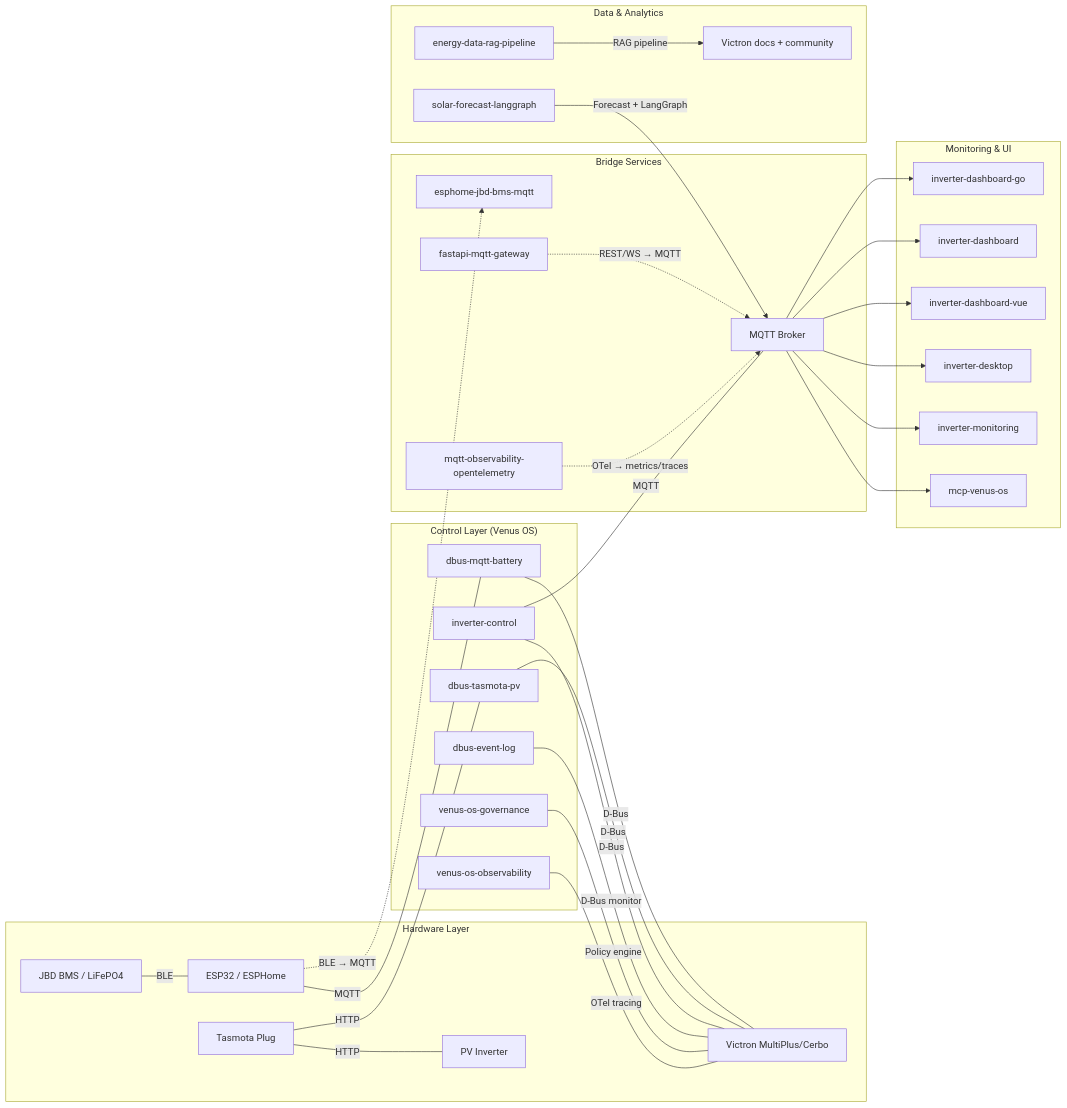
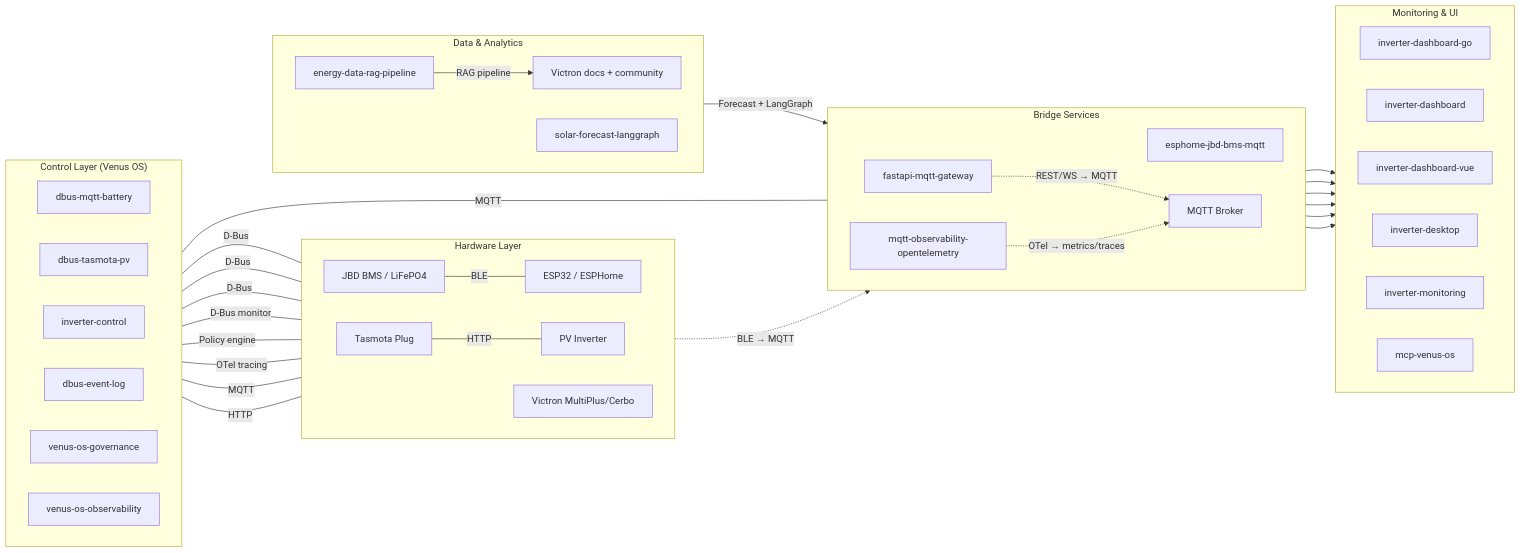
One commit to 4alvit/4alvit changed the diagram in README.md. Above: the diagram before and after it, drawn with Mermaid.

````diff
--- a/README.md
+++ b/README.md
@@ -19,40 +19,45 @@
 ```mermaid
 graph LR
     subgraph Hardware["Hardware Layer"]
+        direction LR
         BMS[JBD BMS / LiFePO4] -- BLE --- ESP[ESP32 / ESPHome]
         TP[Tasmota Plug] -- HTTP --- PV[PV Inverter]
         VIC[Victron MultiPlus/Cerbo]
     end
 
     subgraph Control["Control Layer (Venus OS)"]
+        direction LR
         ESP -- MQTT --- BM[dbus-mqtt-battery]
         TP -- HTTP --- TV[dbus-tasmota-pv]
         BM -- D-Bus --- VIC
         TV -- D-Bus --- VIC
         IC[inverter-control] -- D-Bus --- VIC
         EL[dbus-event-log] -- D-Bus monitor --- VIC
         GOV[venus-os-governance] -- Policy engine --- VIC
         OBS[venus-os-observability] -- OTel tracing --- VIC
     end
 
     subgraph Bridge["Bridge Services"]
+        direction LR
         ESP -.->|BLE → MQTT| ESPH[esphome-jbd-bms-mqtt]
         FG[fastapi-mqtt-gateway] -.->|REST/WS → MQTT| MQTT[MQTT Broker]
         MO[mqtt-observability-opentelemetry] -.->|OTel → metrics/traces| MQTT
     end
 
     subgraph UI["Monitoring & UI"]
+        direction LR
         IC -- MQTT --- MQTT
         MQTT --> DGO[inverter-dashboard-go]
         MQTT --> DPY[inverter-dashboard]
         MQTT --> DVUE[inverter-dashboard-vue]
         MQTT --> DT[inverter-desktop]
         MQTT --> MON[inverter-monitoring]
         MQTT --> MCP[mcp-venus-os]
     end
 
     subgraph Data["Data & Analytics"]
+        direction LR
         RAG[energy-data-rag-pipeline] -->|RAG pipeline| DOCS[Victron docs + community]
         SF[solar-forecast-langgraph] -->|Forecast + LangGraph| MQTT
     end
 ```
````
